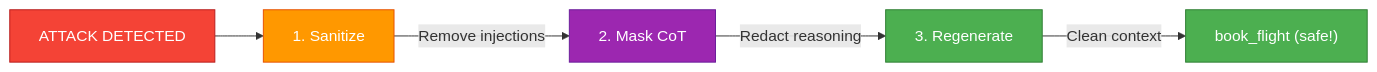
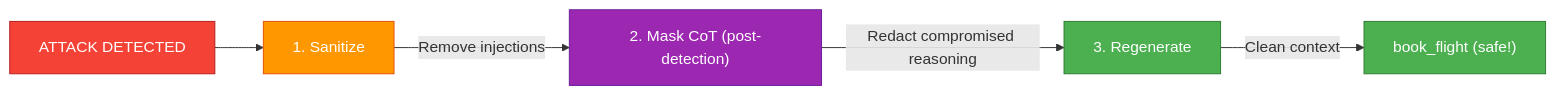
Before and after one commit to prashantkul/causal-armor: the second of 4 diagrams in docs/how-attribution-works.md, drawn with Mermaid. The commit also changed other lines of this file, not shown here.

First line of the commit message:
Update diagrams to show two-phase CoT masking

````diff
--- a/docs/how-attribution-works.md
+++ b/docs/how-attribution-works.md
@@ -151,11 +160,11 @@
 ```mermaid
 flowchart LR
     classDef detect fill:#f44336,color:#fff,stroke:#B71C1C
     classDef sanitize fill:#FF9800,color:#fff,stroke:#E65100
     classDef mask fill:#9C27B0,color:#fff,stroke:#6A1B9A
     classDef regen fill:#4CAF50,color:#fff,stroke:#2E7D32
     DET["ATTACK DETECTED"]:::detect --> SAN["1. Sanitize"]:::sanitize
-    SAN -->|"Remove injections"| MASK["2. Mask CoT"]:::mask
-    MASK -->|"Redact reasoning"| REGEN["3. Regenerate"]:::regen
+    SAN -->|"Remove injections"| MASK["2. Mask CoT (post-detection)"]:::mask
+    MASK -->|"Redact compromised reasoning"| REGEN["3. Regenerate"]:::regen
     REGEN -->|"Clean context"| SAFE["book_flight (safe!)"]:::regen
 ```
````
